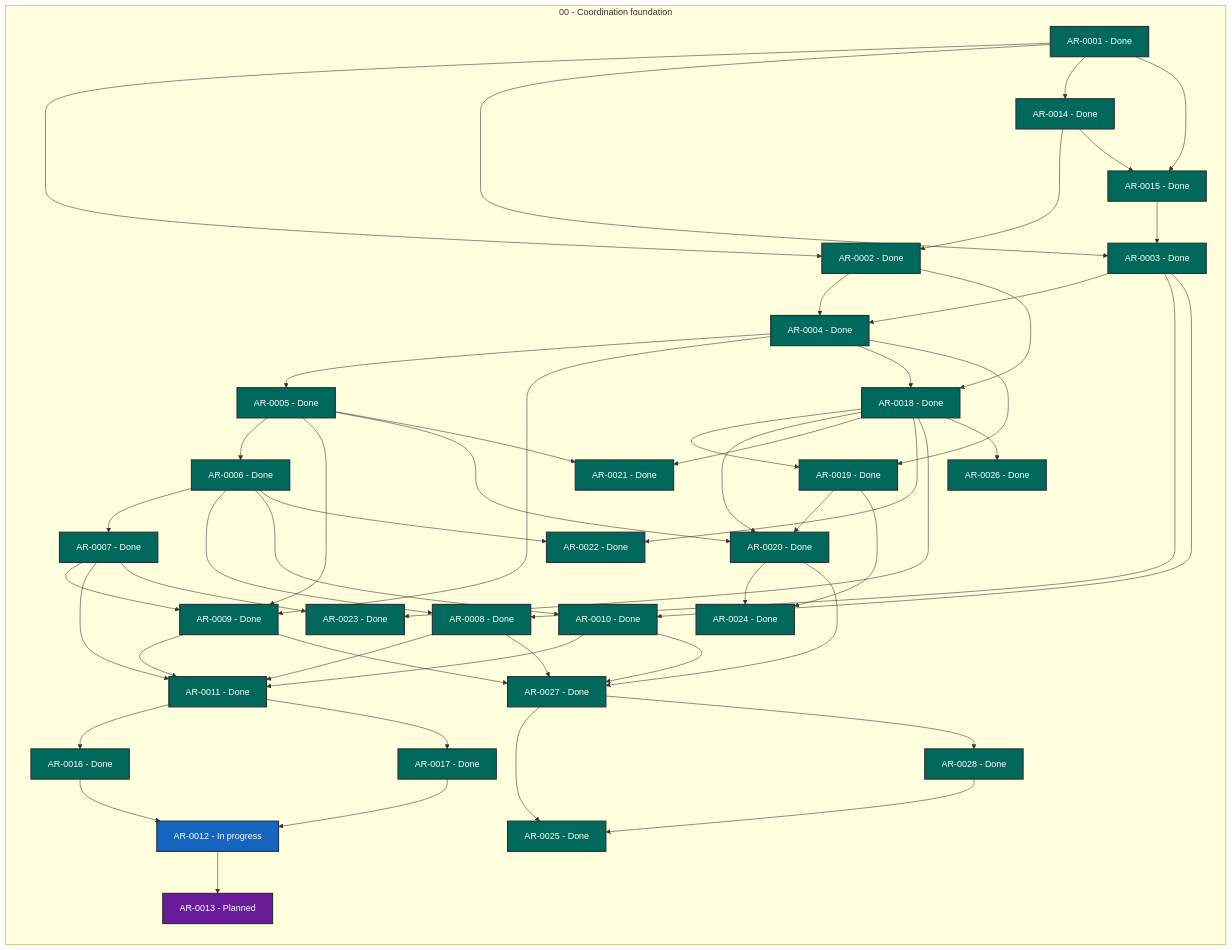
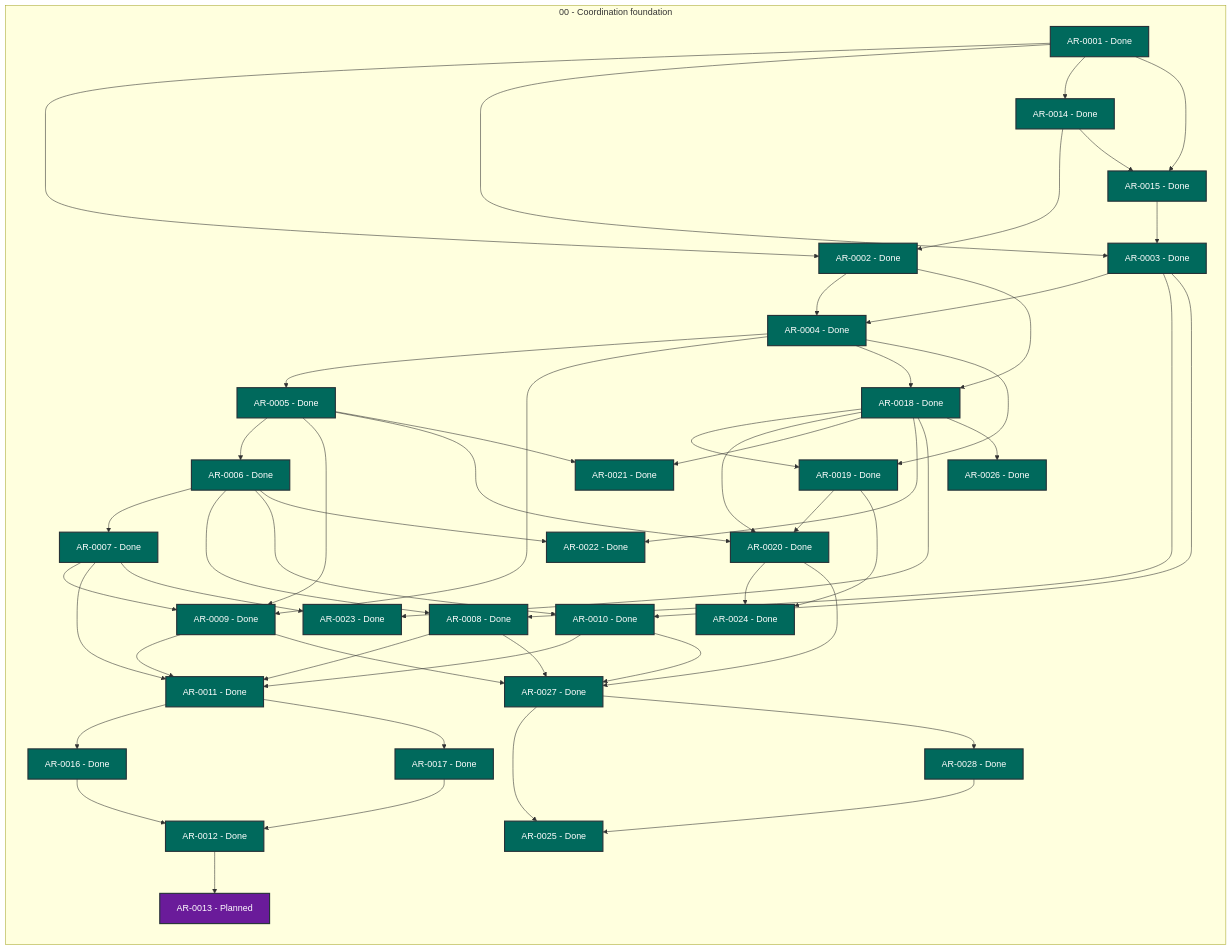
Before and after one commit to martin-beck/agent-workflow-tui-state: the diagram in STATUS.md, drawn with Mermaid. The commit also changed other lines of this file and 2 other files, not shown here.

```diff
--- a/STATUS.md
+++ b/STATUS.md
@@ -39,7 +39,7 @@
         AR_0009["AR-0009 - Done"]:::status_done
         AR_0010["AR-0010 - Done"]:::status_done
         AR_0011["AR-0011 - Done"]:::status_done
-        AR_0012["AR-0012 - In progress"]:::status_in_progress
+        AR_0012["AR-0012 - Done"]:::status_done
         AR_0013["AR-0013 - Planned"]:::status_planned
         AR_0014["AR-0014 - Done"]:::status_done
         AR_0015["AR-0015 - Done"]:::status_done
```
